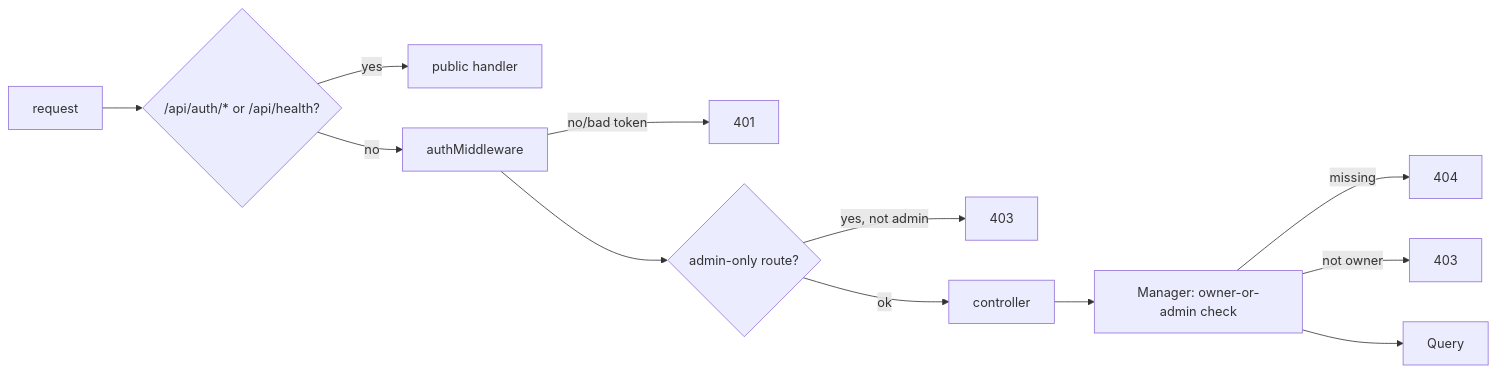
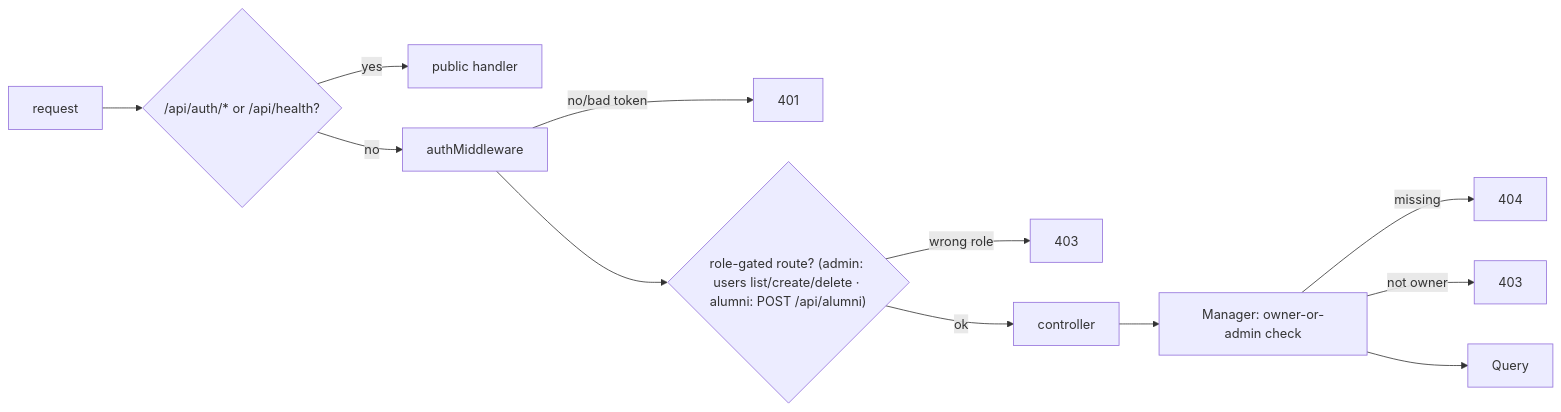
Before and after one commit to munifmubtashim/Alumni_System: the first of 2 diagrams in .adlc/specs/2026-10/m/REQ-003-backend-route-auth/architecture.md, drawn with Mermaid. The commit also changed other lines of this file and 13 other files, not shown here.

````diff
--- a/.adlc/specs/2026-10/m/REQ-003-backend-route-auth/architecture.md
+++ b/.adlc/specs/2026-10/m/REQ-003-backend-route-auth/architecture.md
@@ -55,14 +55,14 @@
 ```mermaid
 flowchart LR
   R[request] --> A{"/api/auth/* or /api/health?"}
   A -- yes --> P[public handler]
   A -- no --> M[authMiddleware]
   M -- no/bad token --> E401[401]
-  M --> RR{admin-only route?}
-  RR -- yes, not admin --> E403[403]
+  M --> RR{"role-gated route? (admin: users list/create/delete · alumni: POST /api/alumni)"}
+  RR -- wrong role --> E403[403]
   RR -- ok --> C[controller]
   C --> PM[Manager: owner-or-admin check]
   PM -- missing --> E404[404]
   PM -- not owner --> E403b[403]
   PM --> Q[Query]
 ```
````
